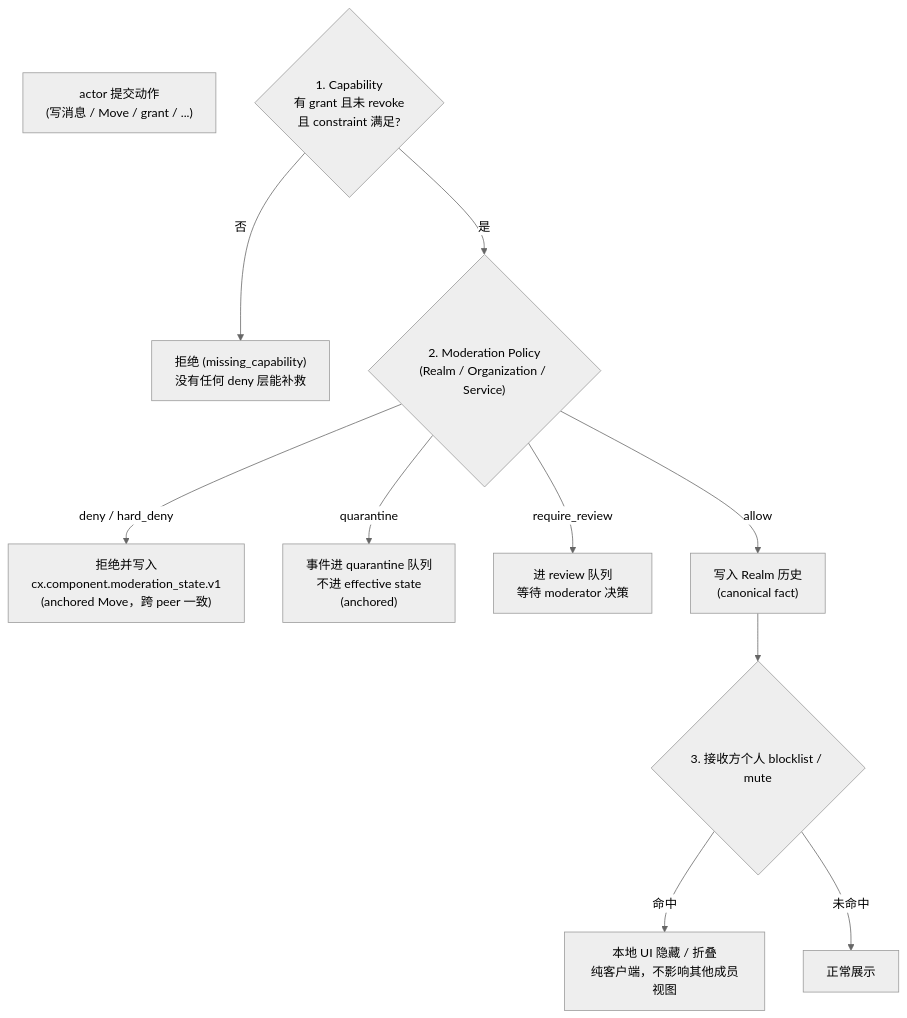
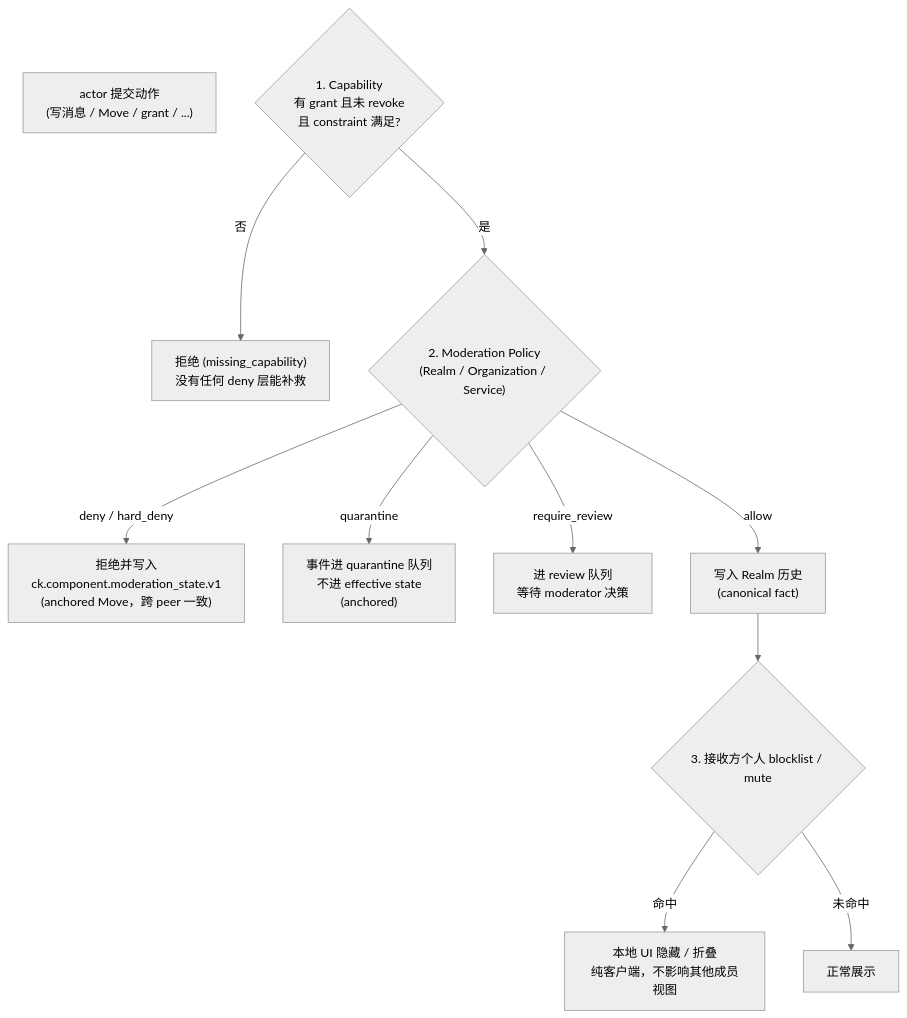
Before and after one commit to arkret-org/arkret-spec: the diagram in spec/v1/zh/governance/content-moderation.md, drawn with Mermaid (neutral theme). The commit also changed other lines of this file and 197 other files, not shown here.

````diff
--- a/spec/v1/zh/governance/content-moderation.md
+++ b/spec/v1/zh/governance/content-moderation.md
@@ -49,17 +49,17 @@
 ```mermaid
 flowchart TB
     Action["actor 提交动作<br>(写消息 / Move / grant / ...)"]
 
     Cap{"1. Capability<br>有 grant 且未 revoke<br>且 constraint 满足?"}
     Cap -- "否" --> DenyCap["拒绝 (missing_capability)<br>没有任何 deny 层能补救"]
     Cap -- "是" --> Mod{"2. Moderation Policy<br>(Realm / Organization / Service)"}
 
-    Mod -- "deny / hard_deny" --> DenyMod["拒绝并写入<br>cx.component.moderation_state.v1<br>(anchored Move，跨 peer 一致)"]
+    Mod -- "deny / hard_deny" --> DenyMod["拒绝并写入<br>ck.component.moderation_state.v1<br>(anchored Move，跨 peer 一致)"]
     Mod -- "quarantine" --> Quar["事件进 quarantine 队列<br>不进 effective state<br>(anchored)"]
     Mod -- "require_review" --> Rev["进 review 队列<br>等待 moderator 决策"]
     Mod -- "allow" --> Stored["写入 Realm 历史<br>(canonical fact)"]
 
     Stored --> View{"3. 接收方个人 blocklist / mute"}
     View -- "命中" --> Hidden["本地 UI 隐藏 / 折叠<br>纯客户端，不影响其他成员视图"]
     View -- "未命中" --> Show["正常展示"]
 ```
````
